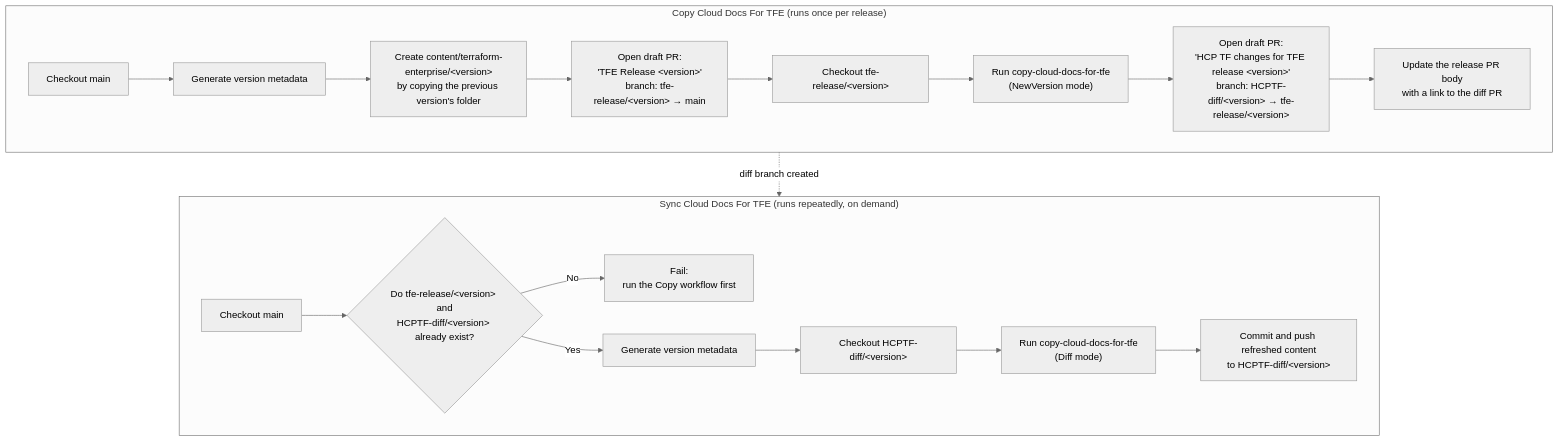
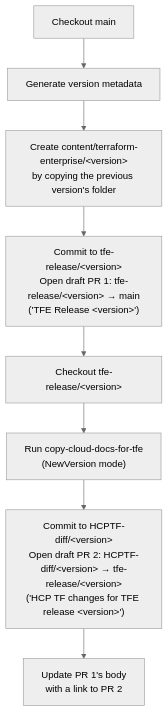
One commit to hashicorp/web-unified-docs changed the second of 7 diagrams in docs/workflows/infrastructure-group/copy-cloud-docs-for-tfe-action.md. Above: the diagram before and after it, drawn with Mermaid (neutral theme). The commit also changed other lines of this file and 1 other file, not shown here.

````diff
--- a/docs/workflows/infrastructure-group/copy-cloud-docs-for-tfe-action.md
+++ b/docs/workflows/infrastructure-group/copy-cloud-docs-for-tfe-action.md
@@ -139,23 +166,10 @@
 ```mermaid
 flowchart TD
-    subgraph copy["Copy Cloud Docs For TFE (runs once per release)"]
-        A1["Checkout main"] --> A2["Generate version metadata"]
-        A2 --> A3["Create content/terraform-enterprise/&lt;version&gt;<br/>by copying the previous version's folder"]
-        A3 --> A4["Open draft PR:<br/>'TFE Release &lt;version&gt;'<br/>branch: tfe-release/&lt;version&gt; → main"]
-        A4 --> A5["Checkout tfe-release/&lt;version&gt;"]
-        A5 --> A6["Run copy-cloud-docs-for-tfe<br/>(NewVersion mode)"]
-        A6 --> A7["Open draft PR:<br/>'HCP TF changes for TFE release &lt;version&gt;'<br/>branch: HCPTF-diff/&lt;version&gt; → tfe-release/&lt;version&gt;"]
-        A7 --> A8["Update the release PR body<br/>with a link to the diff PR"]
-    end
-
-    subgraph sync["Sync Cloud Docs For TFE (runs repeatedly, on demand)"]
-        B1["Checkout main"] --> B2{"Do tfe-release/&lt;version&gt; and<br/>HCPTF-diff/&lt;version&gt; already exist?"}
-        B2 -->|No| B3["Fail:<br/>run the Copy workflow first"]
-        B2 -->|Yes| B4["Generate version metadata"]
-        B4 --> B5["Checkout HCPTF-diff/&lt;version&gt;"]
-        B5 --> B6["Run copy-cloud-docs-for-tfe<br/>(Diff mode)"]
-        B6 --> B7["Commit and push refreshed content<br/>to HCPTF-diff/&lt;version&gt;"]
-    end
-
-    copy -.->|"diff branch created"| sync
+    A1["Checkout main"] --> A2["Generate version metadata"]
+    A2 --> A3["Create content/terraform-enterprise/&lt;version&gt;<br/>by copying the previous version's folder"]
+    A3 --> A4["Commit to tfe-release/&lt;version&gt;<br/>Open draft PR 1: tfe-release/&lt;version&gt; → main<br/>('TFE Release &lt;version&gt;')"]
+    A4 --> A5["Checkout tfe-release/&lt;version&gt;"]
+    A5 --> A6["Run copy-cloud-docs-for-tfe<br/>(NewVersion mode)"]
+    A6 --> A7["Commit to HCPTF-diff/&lt;version&gt;<br/>Open draft PR 2: HCPTF-diff/&lt;version&gt; → tfe-release/&lt;version&gt;<br/>('HCP TF changes for TFE release &lt;version&gt;')"]
+    A7 --> A8["Update PR 1's body<br/>with a link to PR 2"]
 ```
````
